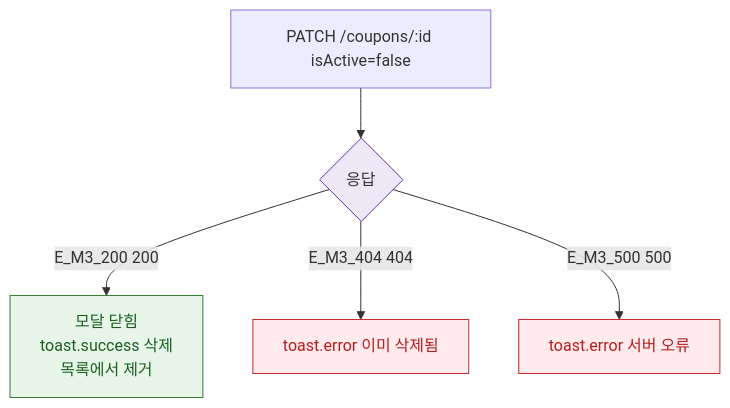
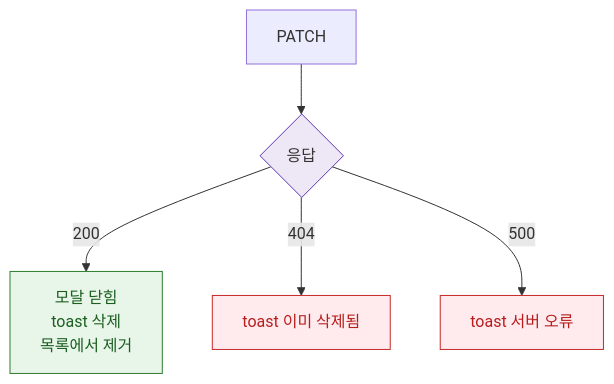
One commit to dev-spogym/admin-pando changed the diagram in docs/다이어그램/D08_마케팅/DLG/DLG-073-003_쿠폰삭제확인/M3_결과분기.md. Above: the diagram before and after it, drawn with Mermaid. The commit also changed other lines of this file and 1660 other files, not shown here.

First line of the commit message:
다이어그램: 기획자/클라이언트 납품본으로 정리

````diff
--- a/docs/다이어그램/D08_마케팅/DLG/DLG-073-003_쿠폰삭제확인/M3_결과분기.md
+++ b/docs/다이어그램/D08_마케팅/DLG/DLG-073-003_쿠폰삭제확인/M3_결과분기.md
@@ -14,15 +12,15 @@
 ```mermaid
 flowchart TD
-  API[PATCH /coupons/:id isActive=false] --> RESP{응답}
-  RESP -->|E_M3_200 200| OK[모달 닫힘\ntoast.success 삭제\n목록에서 제거]
-  RESP -->|E_M3_404 404| ERR_404[toast.error 이미 삭제됨]
-  RESP -->|E_M3_500 500| ERR_SRV[toast.error 서버 오류]
+  API[PATCH] --> RESP{응답}
+  RESP -->|200|OK[모달 닫힘\ntoast 삭제\n목록에서 제거]
+  RESP -->|404|ERR_404[toast 이미 삭제됨]
+  RESP -->|500|ERR_SRV[toast 서버 오류]
 
-  classDef success     fill:#E8F5E9,stroke:#2E7D32,color:#1B5E20
-  classDef error       fill:#FFEBEE,stroke:#C62828,color:#B71C1C
-  classDef system      fill:#EDE7F6,stroke:#5E35B2
+  classDef success fill:#E8F5E9,stroke:#2E7D32,color:#1B5E20
+  classDef error fill:#FFEBEE,stroke:#C62828,color:#B71C1C
+  classDef system fill:#EDE7F6,stroke:#5E35B2
 
   class OK success
   class ERR_404,ERR_SRV error
   class RESP system
 ```
````
